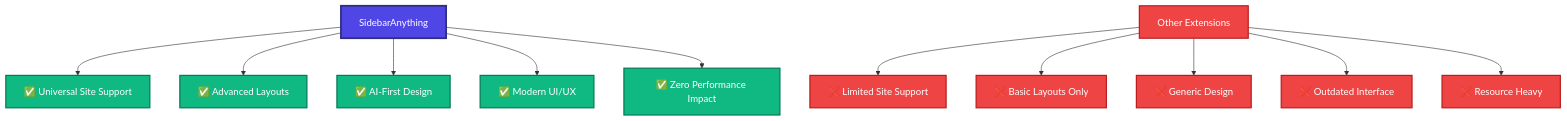
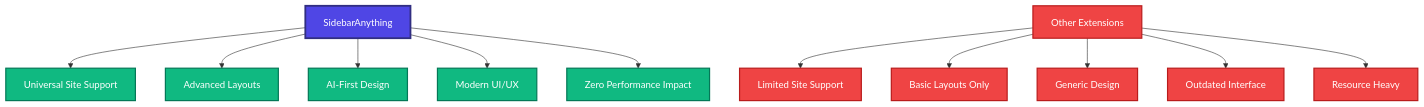
The first of 3 diagrams in README.md (vibheksoni/SidebarAnything), drawn with Mermaid before and after one commit.

````diff
--- a/README.md
+++ b/README.md
@@ -96,27 +96,27 @@
 ```mermaid
 graph TB
-    A[SidebarAnything] --> B[✅ Universal Site Support]
-    A --> C[✅ Advanced Layouts]
-    A --> D[✅ AI-First Design]
-    A --> E[✅ Modern UI/UX]
-    A --> F[✅ Zero Performance Impact]
+    A["SidebarAnything"] --> B["Universal Site Support"]
+    A --> C["Advanced Layouts"]
+    A --> D["AI-First Design"]
+    A --> E["Modern UI/UX"]
+    A --> F["Zero Performance Impact"]
 
-    G[Other Extensions] --> H[❌ Limited Site Support]
-    G --> I[❌ Basic Layouts Only]
-    G --> J[❌ Generic Design]
-    G --> K[❌ Outdated Interface]
-    G --> L[❌ Resource Heavy]
+    G["Other Extensions"] --> H["Limited Site Support"]
+    G --> I["Basic Layouts Only"]
+    G --> J["Generic Design"]
+    G --> K["Outdated Interface"]
+    G --> L["Resource Heavy"]
 
     style A fill:#4F46E5,stroke:#312E81,stroke-width:3px,color:#fff
     style G fill:#EF4444,stroke:#B91C1C,stroke-width:2px,color:#fff
     style B fill:#10B981,stroke:#047857,stroke-width:2px,color:#fff
     style C fill:#10B981,stroke:#047857,stroke-width:2px,color:#fff
     style D fill:#10B981,stroke:#047857,stroke-width:2px,color:#fff
     style E fill:#10B981,stroke:#047857,stroke-width:2px,color:#fff
     style F fill:#10B981,stroke:#047857,stroke-width:2px,color:#fff
     style H fill:#EF4444,stroke:#B91C1C,stroke-width:2px,color:#fff
     style I fill:#EF4444,stroke:#B91C1C,stroke-width:2px,color:#fff
     style J fill:#EF4444,stroke:#B91C1C,stroke-width:2px,color:#fff
     style K fill:#EF4444,stroke:#B91C1C,stroke-width:2px,color:#fff
     style L fill:#EF4444,stroke:#B91C1C,stroke-width:2px,color:#fff
 ```
````
